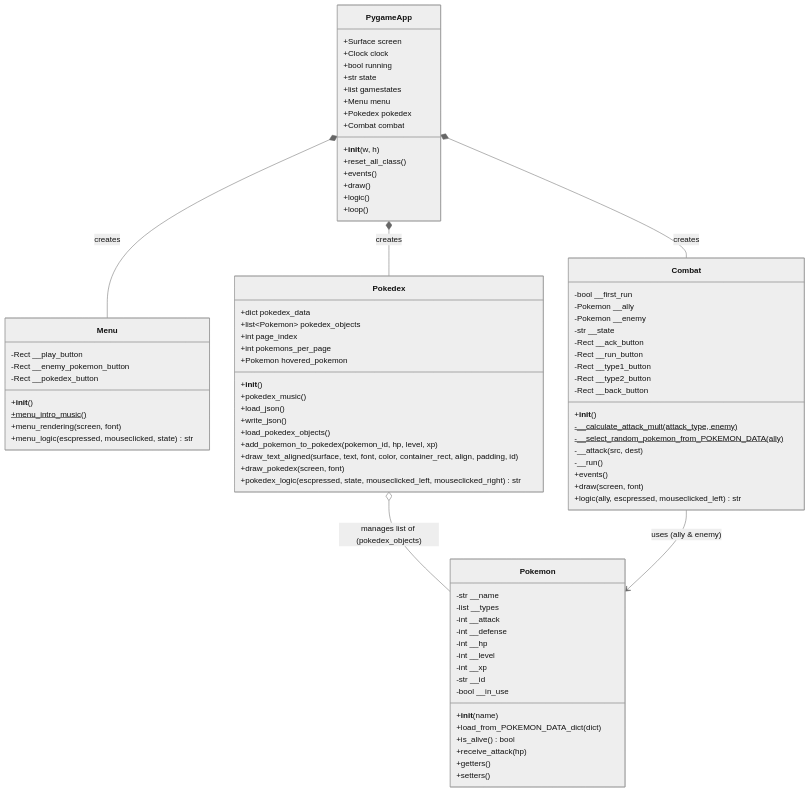
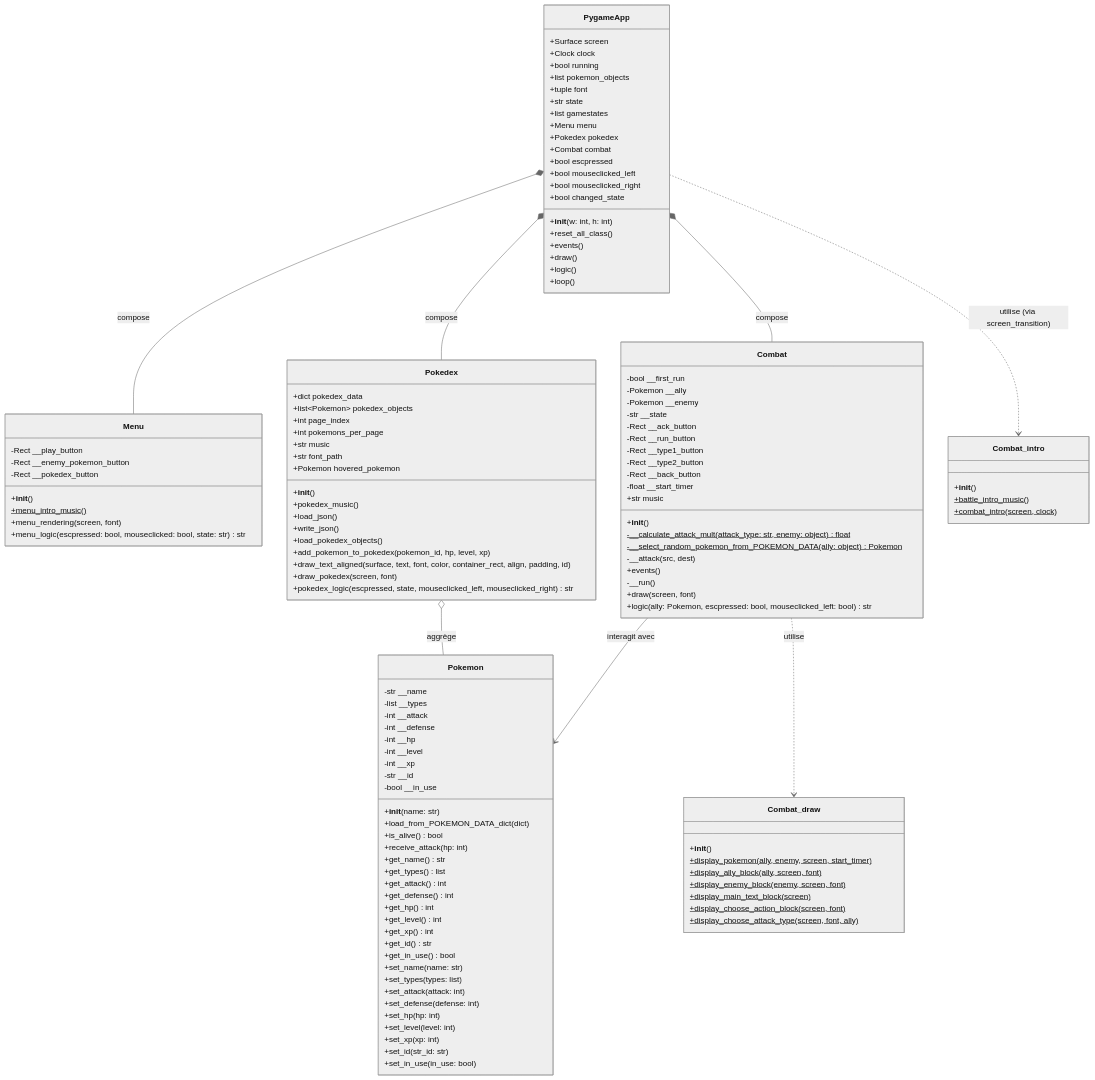
The diagram in README.md (nicolas-riera/pokemon), drawn with Mermaid (neutral theme) before and after one commit.

Commit message:
Update class diagram in README.md

````diff
--- a/README.md
+++ b/README.md
@@ -39,183 +39,138 @@
 ```mermaid
 
 classDiagram
+    %% Définition des classes principales
+    class PygameApp {
+        +Surface screen
+        +Clock clock
+        +bool running
+        +list pokemon_objects
+        +tuple font
+        +str state
+        +list gamestates
+        +Menu menu
+        +Pokedex pokedex
+        +Combat combat
+        +bool escpressed
+        +bool mouseclicked_left
+        +bool mouseclicked_right
+        +bool changed_state
+        +__init__(w: int, h: int)
+        +reset_all_class()
+        +events()
+        +draw()
+        +logic()
+        +loop()
+    }
 
-%% Core Architecture
+    class Menu {
+        -Rect __play_button
+        -Rect __enemy_pokemon_button
+        -Rect __pokedex_button
+        +__init__()
+        +menu_intro_music()$
+        +menu_rendering(screen, font)
+        +menu_logic(escpressed: bool, mouseclicked: bool, state: str) str
+    }
 
-PygameApp *-- Menu : creates
+    class Pokedex {
+        +dict pokedex_data
+        +list~Pokemon~ pokedex_objects
+        +int page_index
+        +int pokemons_per_page
+        +str music
+        +str font_path
+        +Pokemon hovered_pokemon
+        +__init__()
+        +pokedex_music()
+        +load_json()
+        +write_json()
+        +load_pokedex_objects()
+        +add_pokemon_to_pokedex(pokemon_id, hp, level, xp)
+        +draw_text_aligned(surface, text, font, color, container_rect, align, padding, id)
+        +draw_pokedex(screen, font)
+        +pokedex_logic(escpressed, state, mouseclicked_left, mouseclicked_right) str
+    }
 
-PygameApp *-- Pokedex : creates
+    class Combat {
+        -bool __first_run
+        -Pokemon __ally
+        -Pokemon __enemy
+        -str __state
+        -Rect __ack_button
+        -Rect __run_button
+        -Rect __type1_button
+        -Rect __type2_button
+        -Rect __back_button
+        -float __start_timer
+        +str music
+        +__init__()
+        -__calculate_attack_mult(attack_type: str, enemy: object)$ float
+        -__select_random_pokemon_from_POKEMON_DATA(ally: object)$ Pokemon
+        -__attack(src, dest)
+        +events()
+        -__run()
+        +draw(screen, font)
+        +logic(ally: Pokemon, escpressed: bool, mouseclicked_left: bool) str
+    }
 
-PygameApp *-- Combat : creates
+    class Pokemon {
+        -str __name
+        -list __types
+        -int __attack
+        -int __defense
+        -int __hp
+        -int __level
+        -int __xp
+        -str __id
+        -bool __in_use
+        +__init__(name: str)
+        +load_from_POKEMON_DATA_dict(dict)
+        +is_alive() bool
+        +receive_attack(hp: int)
+        +get_name() str
+        +get_types() list
+        +get_attack() int
+        +get_defense() int
+        +get_hp() int
+        +get_level() int
+        +get_xp() int
+        +get_id() str
+        +get_in_use() bool
+        +set_name(name: str)
+        +set_types(types: list)
+        +set_attack(attack: int)
+        +set_defense(defense: int)
+        +set_hp(hp: int)
+        +set_level(level: int)
+        +set_xp(xp: int)
+        +set_id(str_id: str)
+        +set_in_use(in_use: bool)
+    }
 
+    class Combat_draw {
+        +__init__()
+        +display_pokemon(ally, enemy, screen, start_timer)$
+        +display_ally_block(ally, screen, font)$
+        +display_enemy_block(enemy, screen, font)$
+        +display_main_text_block(screen)$
+        +display_choose_action_block(screen, font)$
+        +display_choose_attack_type(screen, font, ally)$
+    }
 
+    class Combat_intro {
+        +__init__()
+        +battle_intro_music()$
+        +combat_intro(screen, clock)$
+    }
 
-Pokedex o-- Pokemon : manages list of (pokedex_objects)
-
-Combat --> Pokemon : uses (ally & enemy)
-
-
-
-class PygameApp {
-
-+Surface screen
-
-+Clock clock
-
-+bool running
-
-+str state
-
-+list gamestates
-
-+Menu menu
-
-+Pokedex pokedex
-
-+Combat combat
-
-+__init__(w, h)
-
-+reset_all_class()
-
-+events()
-
-+draw()
-
-+logic()
-
-+loop()
-
-}
-
-
-
-class Menu {
-
--Rect __play_button
-
--Rect __enemy_pokemon_button
-
--Rect __pokedex_button
-
-+__init__()
-
-+menu_intro_music()$
-
-+menu_rendering(screen, font)
-
-+menu_logic(escpressed, mouseclicked, state) str
-
-}
-
-
-
-class Pokedex {
-
-+dict pokedex_data
-
-+list~Pokemon~ pokedex_objects
-
-+int page_index
-
-+int pokemons_per_page
-
-+Pokemon hovered_pokemon
-
-+__init__()
-
-+pokedex_music()
-
-+load_json()
-
-+write_json()
-
-+load_pokedex_objects()
-
-+add_pokemon_to_pokedex(pokemon_id, hp, level, xp)
-
-+draw_text_aligned(surface, text, font, color, container_rect, align, padding, id)
-
-+draw_pokedex(screen, font)
-
-+pokedex_logic(escpressed, state, mouseclicked_left, mouseclicked_right) str
-
-}
-
-
-
-class Combat {
-
--bool __first_run
-
--Pokemon __ally
-
--Pokemon __enemy
-
--str __state
-
--Rect __ack_button
-
--Rect __run_button
-
--Rect __type1_button
-
--Rect __type2_button
-
--Rect __back_button
-
-+__init__()
-
--__calculate_attack_mult(attack_type, enemy)$
-
--__select_random_pokemon_from_POKEMON_DATA(ally)$
-
--__attack(src, dest)
-
--__run()
-
-+events()
-
-+draw(screen, font)
-
-+logic(ally, escpressed, mouseclicked_left) str
-
-}
-
-
-
-class Pokemon {
-
--str __name
-
--list __types
-
--int __attack
-
--int __defense
-
--int __hp
-
--int __level
-
--int __xp
-
--str __id
-
--bool __in_use
-
-+__init__(name)
-
-+load_from_POKEMON_DATA_dict(dict)
-
-+is_alive() bool
-
-+receive_attack(hp)
-
-+getters()
-
-+setters()
-
-}
+    %% Relations entre les classes
+    PygameApp *-- Menu : compose
+    PygameApp *-- Pokedex : compose
+    PygameApp *-- Combat : compose
+    Pokedex o-- Pokemon : aggrège
+    Combat --> Pokemon : interagit avec
+    Combat ..> Combat_draw : utilise
+    PygameApp ..> Combat_intro : utilise (via screen_transition)
 
 ```
````
